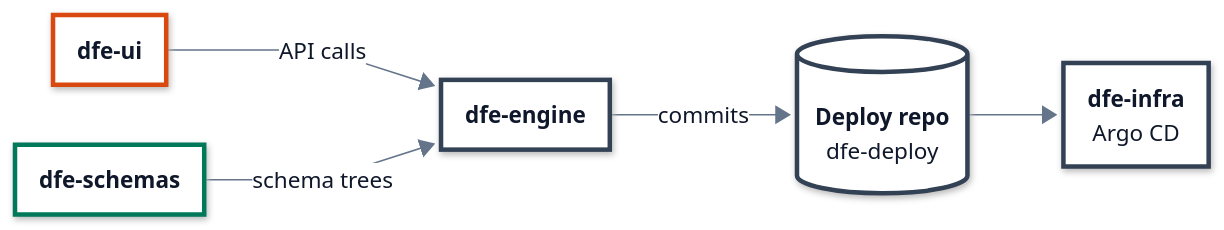
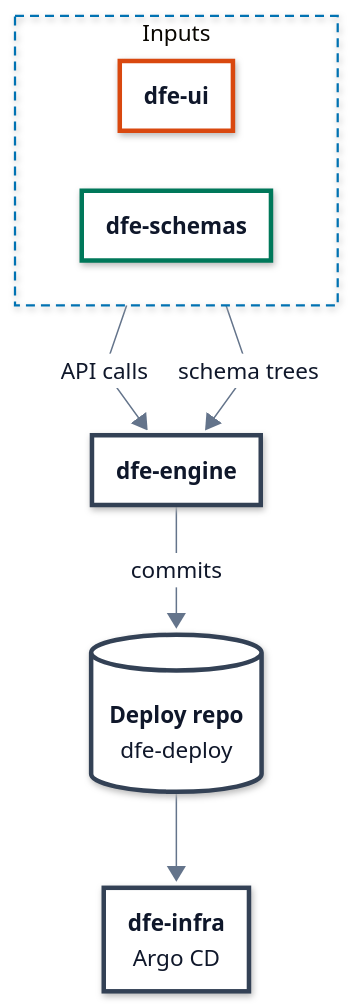
Before and after one commit to hyperi-io/dfe-engine: the first of 3 diagrams in docs/control-plane/README.md, drawn with Mermaid. The commit also changed other lines of this file and 32 other files, not shown here.

First line of the commit message:
docs(architecture): engine page to the standard, diagrams to 860 px (#1209)

````diff
--- a/docs/control-plane/README.md
+++ b/docs/control-plane/README.md
@@ -9,78 +9,82 @@
 ```mermaid
 ---
 config:
   theme: base
   look: neo
   fontFamily: Inter, -apple-system, Segoe UI, Roboto, Helvetica, Arial, sans-serif
   flowchart:
     curve: linear
     nodeSpacing: 40
     rankSpacing: 64
     padding: 18
     wrappingWidth: 280
     htmlLabels: true
   elk:
     preset: modelOrder
   themeVariables:
     fontSize: 15px
     lineColor: "#64748B"
     primaryTextColor: "#0F172A"
     clusterBorder: "#0072B2"
     edgeLabelBackground: "#FFFFFF"
   themeCSS: >-
     p{margin:0}
     .node[data-look] rect,.node[data-look] path,.node[data-look] polygon,.node[data-look] .outer-path{filter:drop-shadow(0 1px 2px rgba(15,23,42,.10)) drop-shadow(0 6px 14px rgba(15,23,42,.10))}
     .node rect{rx:10px;ry:10px}
     .cluster rect{rx:16px;ry:16px}
     .node .label div{min-width:150px}
     .node.decision .label div{min-width:0}
     .cluster[data-look] rect{filter:none}
     .nodeLabel{line-height:1.35}
     .nodeLabel b{font-weight:600;font-size:15px;letter-spacing:-0.01em}
     .nodeLabel span{font-size:12.5px;font-weight:400;color:#334155}
     .cluster-label span.nodeLabel{display:inline-block;background:#FFFFFF;color:#0B2A3F;border:1.5px solid #0072B2;border-radius:999px;padding:2px 12px;font-size:11.5px;font-weight:700;letter-spacing:.09em;text-transform:uppercase}
     .flowchart-link{stroke-width:1.75px}
     .labelBkg{background:transparent!important}
     span.edgeLabel{display:inline-block;background:#FFFFFF!important;color:#1E293B;border:1px solid #94A3B8;border-radius:999px;padding:2px 10px;font-size:12px;font-weight:500}
     span.edgeLabel p{background:transparent!important}
     .label-icon{width:20px;height:20px;vertical-align:-4px;margin-right:6px}
     .ingest .label-icon{color:#0E8A7D}
     .xform .label-icon{color:#7B4FB0}
     .load .label-icon{color:#0072B2}
     .bus .label-icon{color:#A8517F}
     .store .label-icon{color:#00785A}
     .ui .label-icon{color:#D9480F}
     .ext .label-icon{color:#64748B}
 ---
-flowchart LR
+flowchart TB
   accTitle: L4 Detail -- Control-plane repos
   accDescr: dfe-ui calls the engine API and dfe-schemas ships the schema trees the engine reads. The engine commits config to the deploy repo, which Argo CD syncs from dfe-infra's ApplicationSets.
 
-  ui["<b>dfe-ui</b>"]
-  schemas["<b>dfe-schemas</b>"]
+  subgraph inputs["Inputs"]
+    direction LR
+    ui["<b>dfe-ui</b>"]
+    schemas["<b>dfe-schemas</b>"]
+  end
 
   engine["<b>dfe-engine</b>"]
 
   deploy[("<b>Deploy repo</b><br/><span>dfe-deploy</span>")]
 
   infra["<b>dfe-infra</b><br/><span>Argo CD</span>"]
 
   ui -->|API calls| engine
   schemas -->|schema trees| engine
   engine -->|commits| deploy
   deploy --> infra
+  class schemas store
+  class ui ui
+  class engine,deploy,infra control
   classDef ext fill:#F4F6F8,stroke:#94A3B8,stroke-width:1.5px,stroke-dasharray:5 4,color:#0F172A
   classDef ingest fill:#FFFFFF,stroke:#0E8A7D,stroke-width:3px,color:#0F172A
   classDef xform fill:#FFFFFF,stroke:#7B4FB0,stroke-width:3px,color:#0F172A
   classDef load fill:#FFFFFF,stroke:#0072B2,stroke-width:3px,color:#0F172A
   classDef bus fill:#FFFFFF,stroke:#A8517F,stroke-width:3px,color:#0F172A
   classDef store fill:#FFFFFF,stroke:#00785A,stroke-width:3px,color:#0F172A
   classDef ui fill:#FFFFFF,stroke:#D9480F,stroke-width:3px,color:#0F172A
   classDef decision fill:#FFFFFF,stroke:#9A6700,stroke-width:3px,color:#0F172A
   classDef error fill:#FFFFFF,stroke:#C2410C,stroke-width:3px,color:#0F172A
   classDef control fill:#FFFFFF,stroke:#334155,stroke-width:3px,color:#0F172A
   classDef part fill:#FFFFFF,stroke:#94A3B8,stroke-width:1.5px,color:#0F172A
-  class schemas store
-  class ui ui
-  class engine,deploy,infra control
+  style inputs fill:none,stroke:#0072B2,stroke-width:1.5px,stroke-dasharray:6 4
 ```
````
